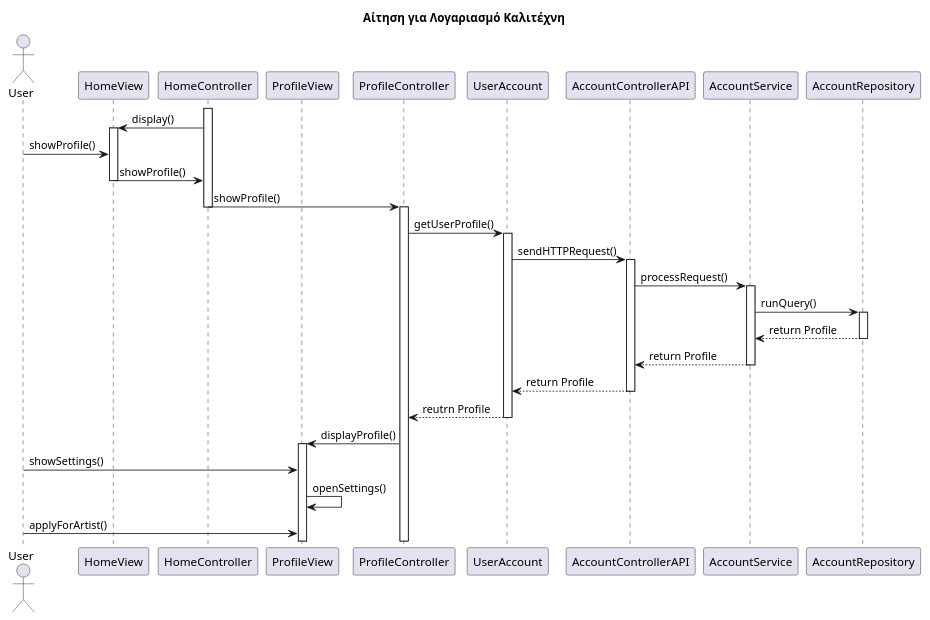
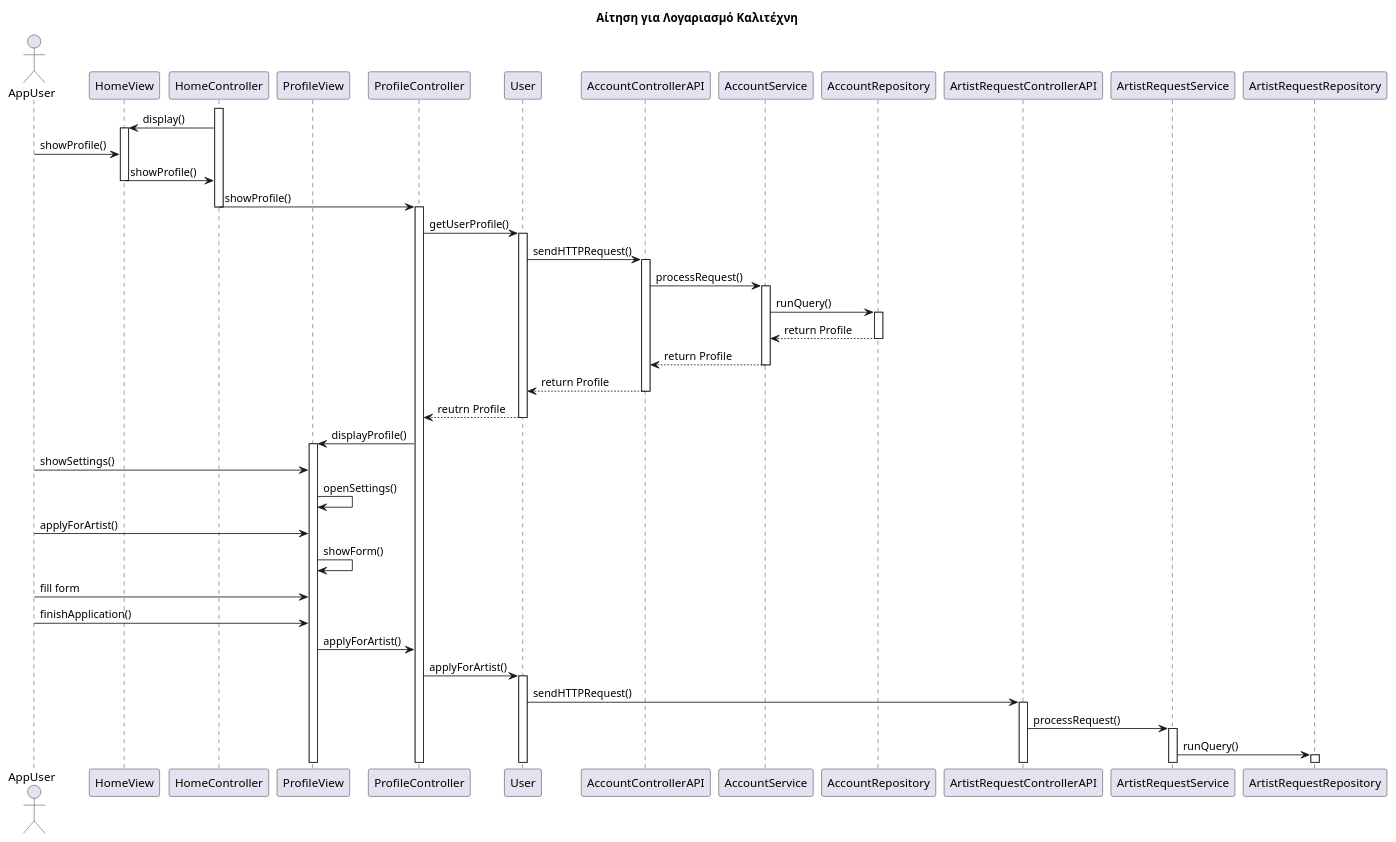
One commit to RubenKingCP/Tunix changed the diagram in Paradoteo_2/SequenceDiagram2.puml. Above: the diagram before and after it, drawn with PlantUML.

Commit message:
Finished Sequence Diagram Αίτηση για Λογαριασμό Καλλιτέχνη

```diff
--- a/Paradoteo_2/SequenceDiagram2.puml
+++ b/Paradoteo_2/SequenceDiagram2.puml
@@ -1,48 +1,62 @@
 @startuml name
 
 title Αίτηση για Λογαριασμό Καλιτέχνη
 
-actor User
+actor AppUser
 participant HomeView
 participant HomeController
 participant ProfileView
 participant ProfileController
-participant UserAccount
+participant User
 participant AccountControllerAPI
 participant AccountService
 participant AccountRepository
+participant ArtistRequestControllerAPI
+participant ArtistRequestService
+participant ArtistRequestRepository
 
 activate HomeController
 HomeController -> HomeView : display()
 activate HomeView
-User -> HomeView : showProfile()
+AppUser -> HomeView : showProfile()
 HomeView -> HomeController : showProfile()
 deactivate HomeView
 HomeController -> ProfileController : showProfile()
 deactivate HomeController
 activate ProfileController
-ProfileController -> UserAccount : getUserProfile()
-activate UserAccount
-UserAccount -> AccountControllerAPI : sendHTTPRequest()
+ProfileController -> User : getUserProfile()
+activate User
+User -> AccountControllerAPI : sendHTTPRequest()
 activate AccountControllerAPI
 AccountControllerAPI -> AccountService : processRequest()
 activate AccountService
 AccountService -> AccountRepository : runQuery()
 activate AccountRepository
 AccountRepository --> AccountService : return Profile
 deactivate AccountRepository
 AccountService --> AccountControllerAPI : return Profile
 deactivate AccountService
-AccountControllerAPI --> UserAccount : return Profile
+AccountControllerAPI --> User : return Profile
 deactivate AccountControllerAPI
-UserAccount --> ProfileController : reutrn Profile
-deactivate UserAccount
+User --> ProfileController : reutrn Profile
+deactivate User
 ProfileController -> ProfileView : displayProfile()
 activate ProfileView
-User -> ProfileView : showSettings()
+AppUser -> ProfileView : showSettings()
 ProfileView -> ProfileView : openSettings()
-User -> ProfileView : applyForArtist()
-
+AppUser -> ProfileView : applyForArtist()
+ProfileView -> ProfileView : showForm()
+AppUser -> ProfileView : fill form
+AppUser -> ProfileView : finishApplication()
+ProfileView -> ProfileController : applyForArtist()
+ProfileController -> User : applyForArtist()
+activate User
+User -> ArtistRequestControllerAPI : sendHTTPRequest()
+activate ArtistRequestControllerAPI
+ArtistRequestControllerAPI -> ArtistRequestService : processRequest()
+activate ArtistRequestService
+ArtistRequestService -> ArtistRequestRepository : runQuery()
+activate ArtistRequestRepository
 
 
 @enduml
```
